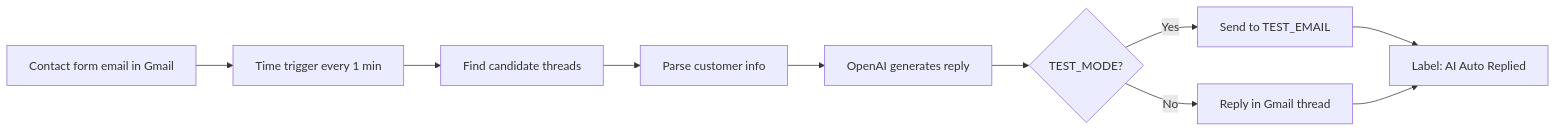
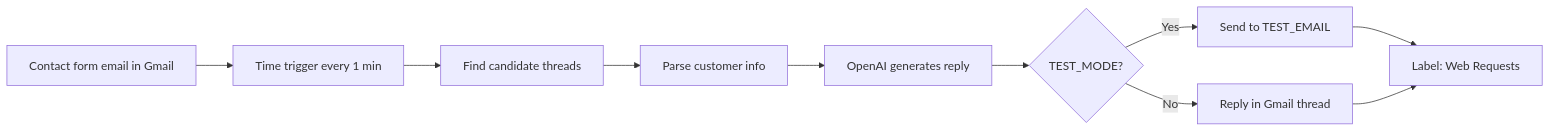
Before and after one commit to infinite-c0de/ai-auto-response: the diagram in README.md, drawn with Mermaid. The commit also changed other lines of this file and 2 other files, not shown here.

````diff
--- a/README.md
+++ b/README.md
@@ -73,12 +84,12 @@
 ```mermaid
 flowchart LR
     A[Contact form email in Gmail] --> B[Time trigger every 1 min]
     B --> C[Find candidate threads]
     C --> D[Parse customer info]
     D --> E[OpenAI generates reply]
     E --> F{TEST_MODE?}
     F -->|Yes| G[Send to TEST_EMAIL]
     F -->|No| H[Reply in Gmail thread]
-    G --> I[Label: AI Auto Replied]
+    G --> I[Label: Web Requests]
     H --> I
 ```
````
